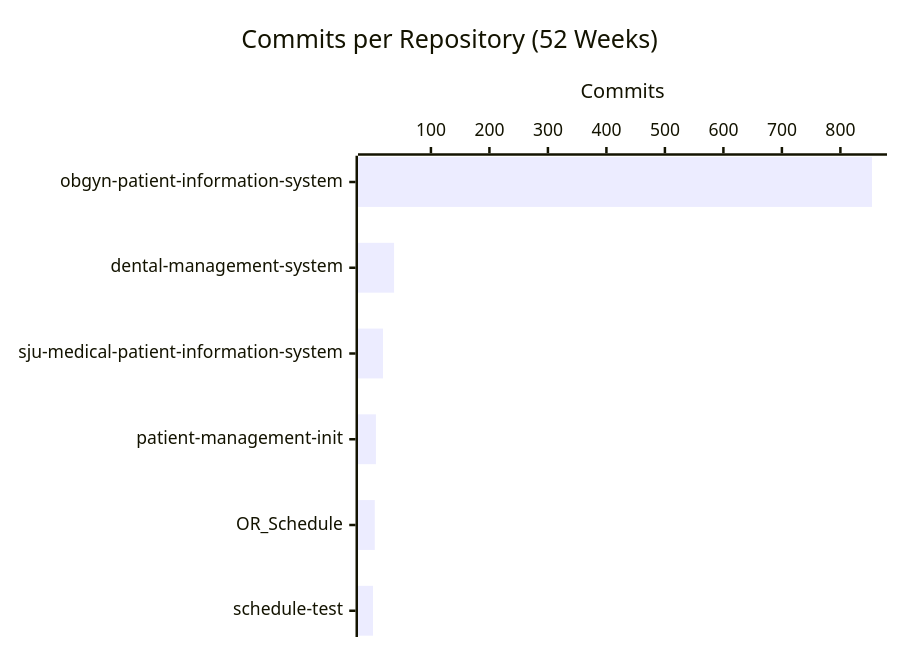
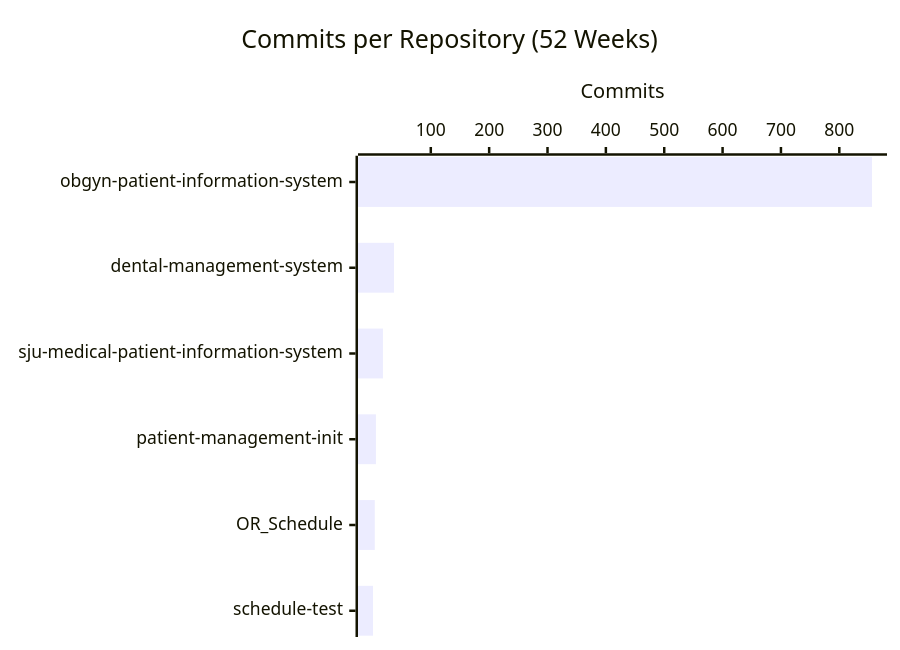
One commit to CSTH-Projects/.github changed the second of 4 diagrams in profile/README.md. Above: the diagram before and after it, drawn with Mermaid. The commit also changed other lines of this file, not shown here.

````diff
--- a/profile/README.md
+++ b/profile/README.md
@@ -24,7 +24,7 @@
 ```mermaid
 xychart-beta horizontal
     title "Commits per Repository (52 Weeks)"
     x-axis ["obgyn-patient-information-system", "dental-management-system", "sju-medical-patient-information-system", "patient-management-init", "OR_Schedule", "schedule-test"]
     y-axis "Commits"
-    bar [854, 37, 18, 6, 4, 1]
+    bar [856, 37, 18, 6, 4, 1]
 ```
````
